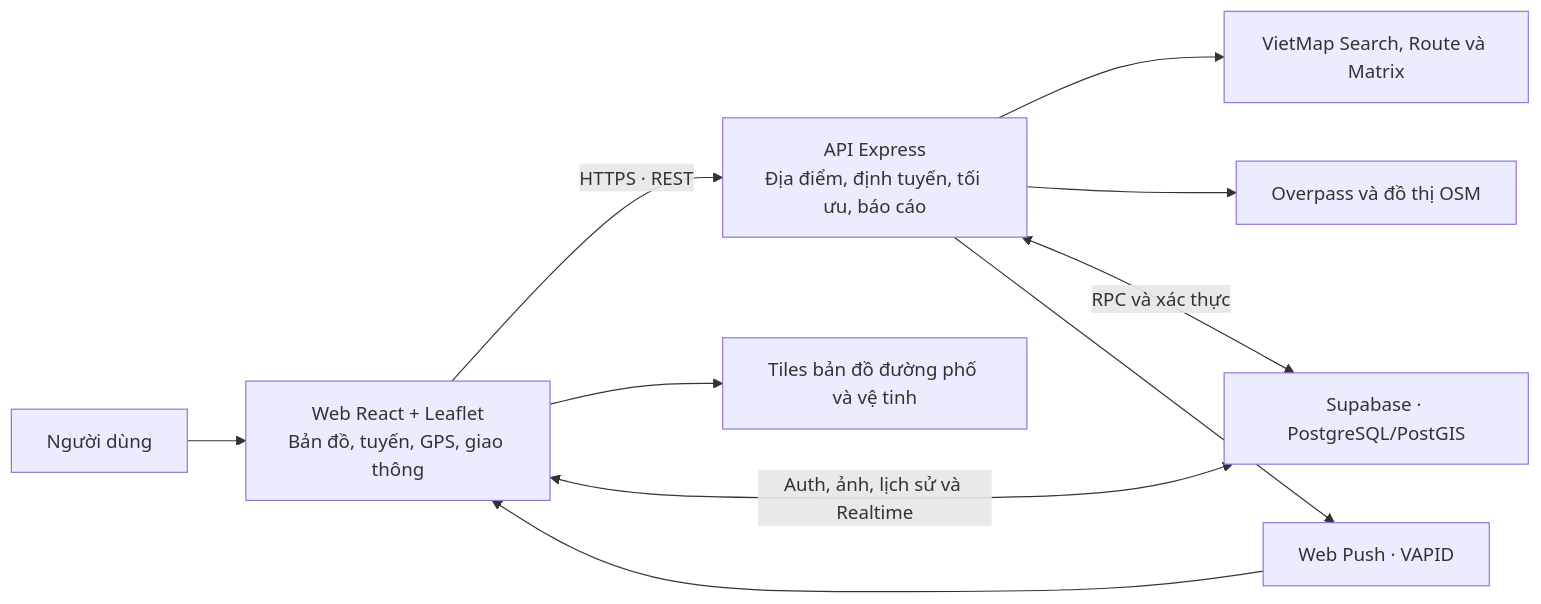
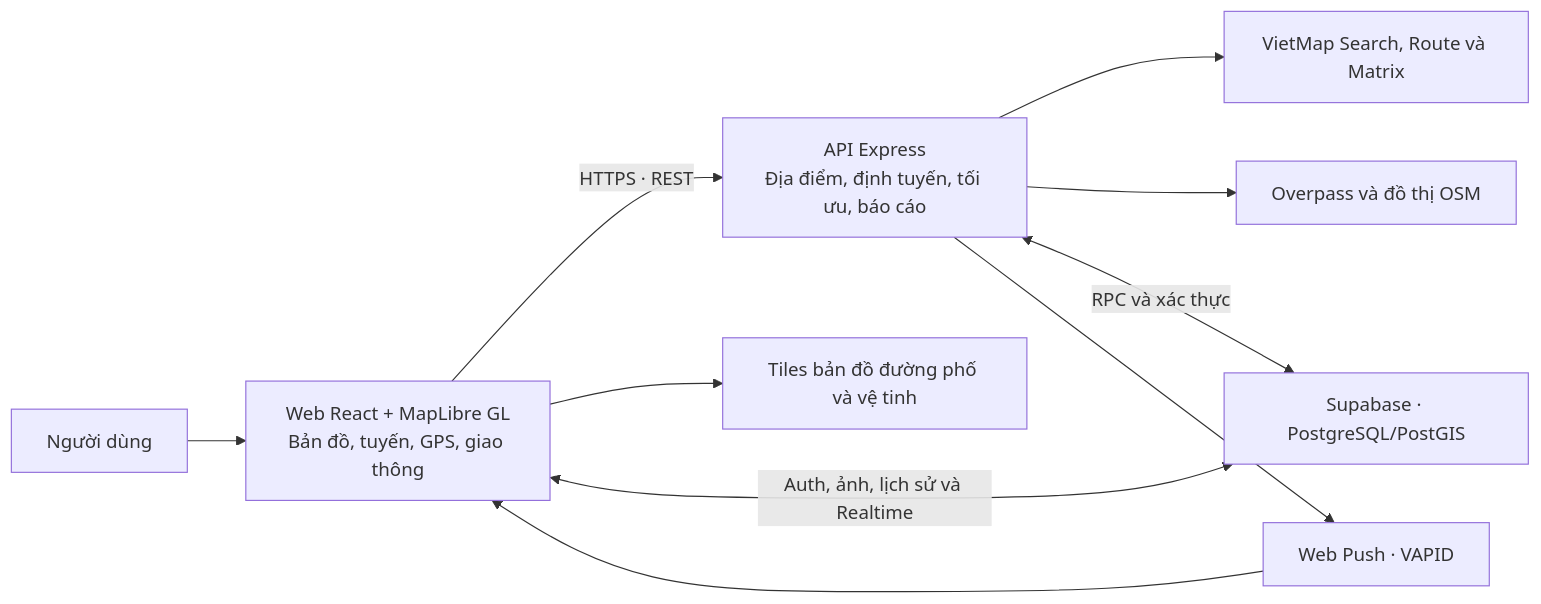
The diagram in README.md (dpm14092006-UIT/iMap), drawn with Mermaid before and after one commit. The commit also changed other lines of this file and 19 other files, not shown here.

````diff
--- a/README.md
+++ b/README.md
@@ -29,12 +29,12 @@
 ```mermaid
 flowchart LR
-    U["Người dùng"] --> W["Web React + Leaflet<br/>Bản đồ, tuyến, GPS, giao thông"]
+    U["Người dùng"] --> W["Web React + MapLibre GL<br/>Bản đồ, tuyến, GPS, giao thông"]
     W -->|"HTTPS · REST"| A["API Express<br/>Địa điểm, định tuyến, tối ưu, báo cáo"]
     A --> V["VietMap Search, Route và Matrix"]
     A --> O["Overpass và đồ thị OSM"]
     W --> B["Tiles bản đồ đường phố và vệ tinh"]
     W <-->|"Auth, ảnh, lịch sử và Realtime"| S["Supabase · PostgreSQL/PostGIS"]
     A <-->|"RPC và xác thực"| S
     A --> P["Web Push · VAPID"]
     P --> W
 ```
````
